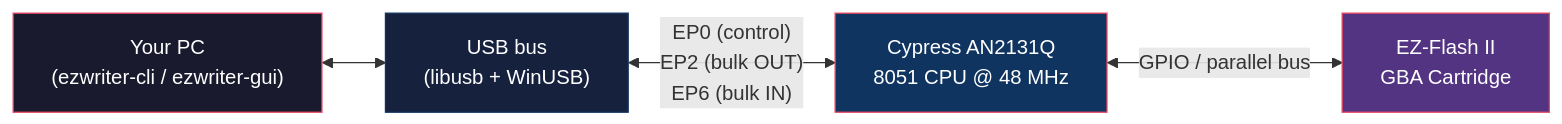
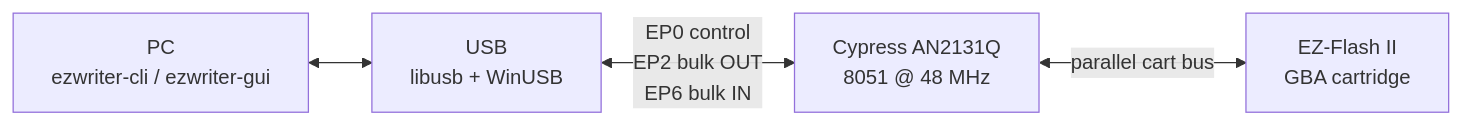
The first of 2 diagrams in README.md (YoshKoz/ez-flash-ii-usb-flasher), drawn with Mermaid before and after one commit. The commit also changed other lines of this file and 9 other files, not shown here.

````diff
--- a/README.md
+++ b/README.md
@@ -74,16 +133,11 @@
 ```mermaid
 flowchart LR
-    PC["Your PC<br/>(ezwriter-cli / ezwriter-gui)"]
-    USB["USB bus<br/>(libusb + WinUSB)"]
-    MCU["Cypress AN2131Q<br/>8051 CPU @ 48 MHz"]
-    CART["EZ-Flash II<br/>GBA Cartridge"]
+    PC["PC<br/>ezwriter-cli / ezwriter-gui"]
+    USB["USB<br/>libusb + WinUSB"]
+    MCU["Cypress AN2131Q<br/>8051 @ 48 MHz"]
+    CART["EZ-Flash II<br/>GBA cartridge"]
 
     PC <--> USB
-    USB <-->|"EP0 (control)<br/>EP2 (bulk OUT)<br/>EP6 (bulk IN)"| MCU
-    MCU <-->|"GPIO / parallel bus"| CART
-
-    style PC fill:#1a1a2e,color:#fff,stroke:#e94560
-    style USB fill:#16213e,color:#fff,stroke:#0f3460
-    style MCU fill:#0f3460,color:#fff,stroke:#e94560
-    style CART fill:#533483,color:#fff,stroke:#e94560
+    USB <-->|"EP0 control<br/>EP2 bulk OUT<br/>EP6 bulk IN"| MCU
+    MCU <-->|"parallel cart bus"| CART
 ```
````
